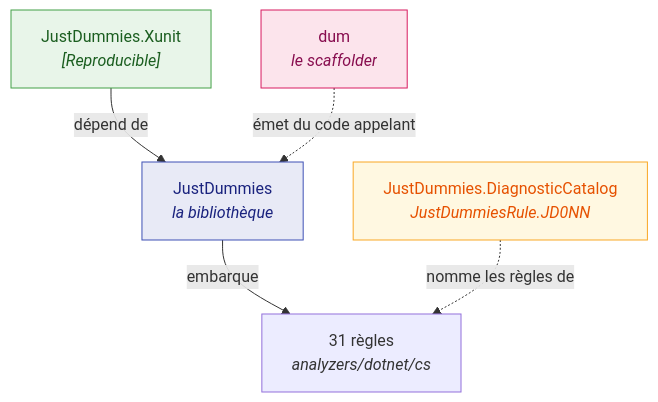
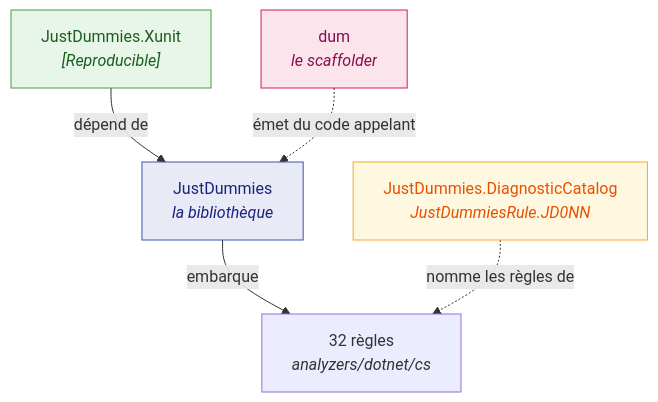
The diagram in doc/handwritten/for-users/packages/README.fr.md (Reefact/just-dummies), drawn with Mermaid before and after one commit. The commit also changed other lines of this file and 30 other files, not shown here.

````diff
--- a/doc/handwritten/for-users/packages/README.fr.md
+++ b/doc/handwritten/for-users/packages/README.fr.md
@@ -19,12 +19,12 @@
 ```mermaid
 flowchart TD
-    L["JustDummies<br/><i>la bibliothèque</i>"] -->|"embarque"| A["31 règles<br/><i>analyzers/dotnet/cs</i>"]
+    L["JustDummies<br/><i>la bibliothèque</i>"] -->|"embarque"| A["32 règles<br/><i>analyzers/dotnet/cs</i>"]
     X["JustDummies.Xunit<br/><i>[Reproducible]</i>"] -->|"dépend de"| L
     C["JustDummies.DiagnosticCatalog<br/><i>JustDummiesRule.JD0NN</i>"]
     C -.->|"nomme les règles de"| A
     D["dum<br/><i>le scaffolder</i>"] -.->|"émet du code appelant"| L
     style L fill:#e8eaf6,stroke:#3f51b5,color:#1a237e
     style X fill:#e8f5e9,stroke:#43a047,color:#1b5e20
     style C fill:#fff8e1,stroke:#f9a825,color:#e65100
     style D fill:#fce4ec,stroke:#d81b60,color:#880e4f
 ```
````
